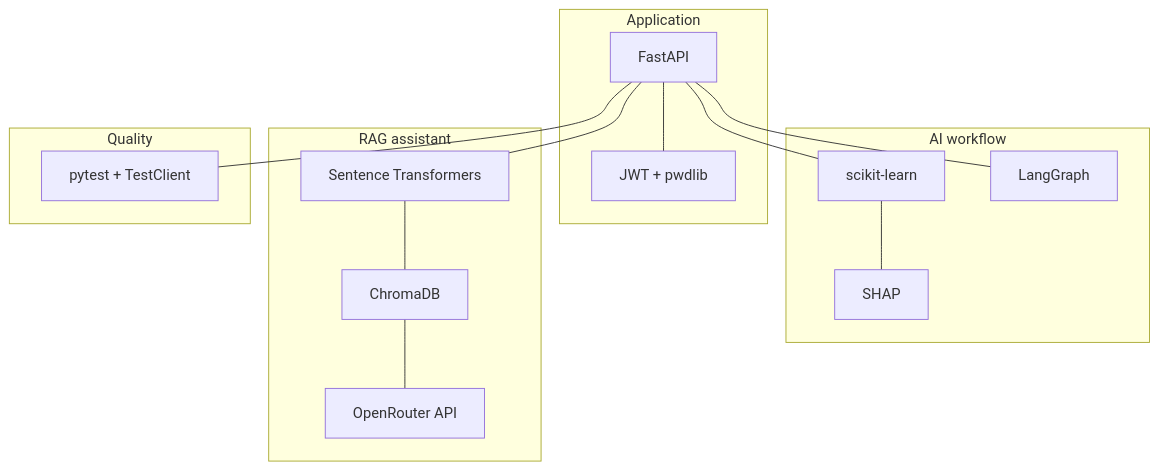
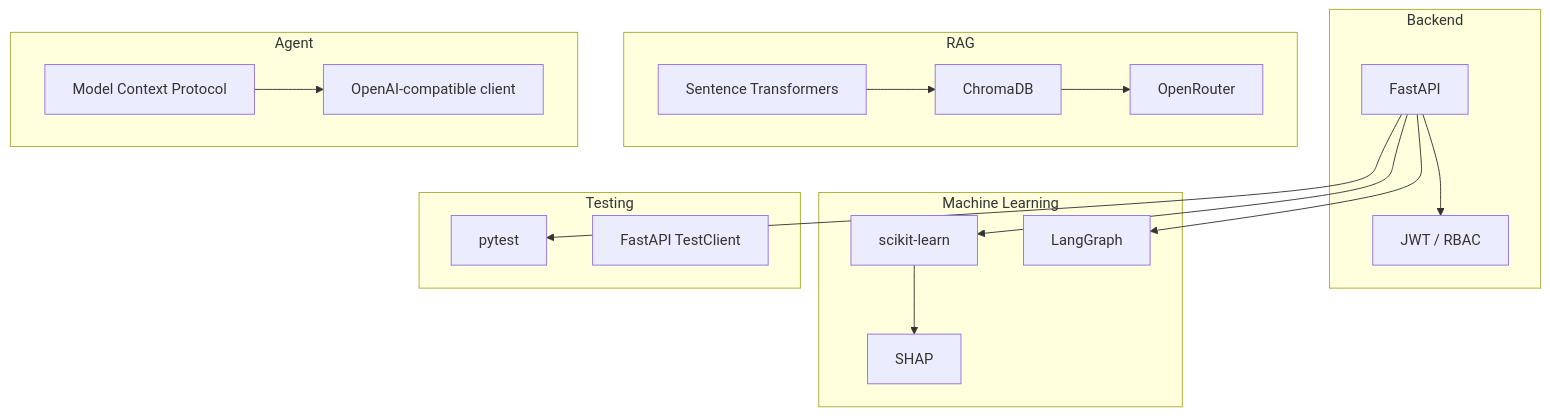
Diagram 11 of 12 in README.md (Mohsen-hub01/identityshield-ai), drawn with Mermaid before and after one commit. The commit also changed other lines of this file and 8 other files, not shown here.

Commit message:
docs: update project documentation and architecture diagrams

````diff
--- a/README.md
+++ b/README.md
@@ -156,28 +472,38 @@
 ```mermaid
 flowchart TB
-    subgraph APP[Application]
-      FA[FastAPI]
-      JWT[JWT + pwdlib]
+    subgraph BACKEND["Backend"]
+        FA["FastAPI"]
+        JWT["JWT / RBAC"]
     end
-    subgraph AI[AI workflow]
-      SK[scikit-learn]
-      SX[SHAP]
-      LG[LangGraph]
+
+    subgraph ML["Machine Learning"]
+        SK["scikit-learn"]
+        SH["SHAP"]
+        LG["LangGraph"]
     end
-    subgraph RAG[RAG assistant]
-      ST[Sentence Transformers]
-      CH[ChromaDB]
-      OR[OpenRouter API]
+
+    subgraph RAG["RAG"]
+        ST["Sentence Transformers"]
+        CH["ChromaDB"]
+        OR["OpenRouter"]
     end
-    subgraph QA[Quality]
-      PT[pytest + TestClient]
+
+    subgraph AGENT["Agent"]
+        MCP["Model Context Protocol"]
+        OA["OpenAI-compatible client"]
     end
-    FA --- JWT
-    FA --- SK
-    SK --- SX
-    FA --- LG
-    FA --- ST
-    ST --- CH
-    CH --- OR
-    FA --- PT
+
+    subgraph TEST["Testing"]
+        PY["pytest"]
+        TC["FastAPI TestClient"]
+    end
+
+    FA --> JWT
+    FA --> SK
+    SK --> SH
+    FA --> LG
+    ST --> CH
+    CH --> OR
+    MCP --> OA
+    FA --> PY
 ```
````
